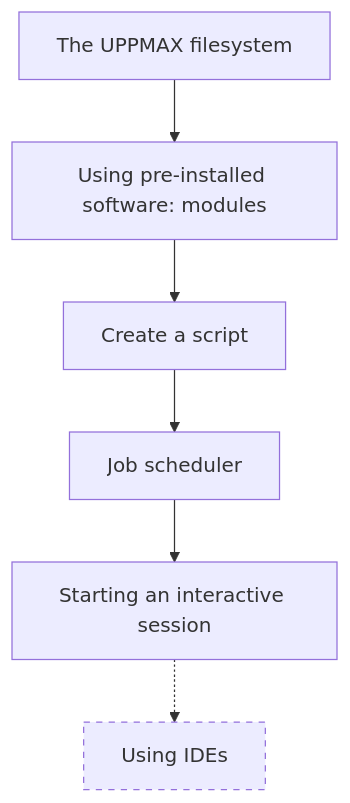
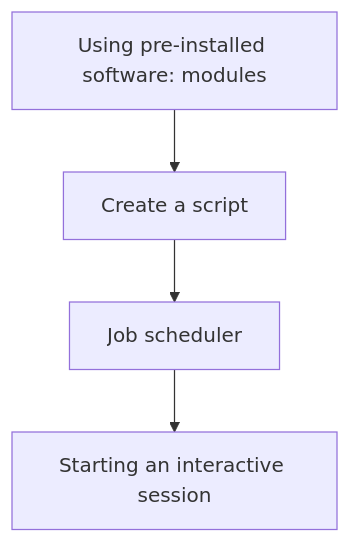
The diagram in docs/sessions/introduction_real_work.md (UPPMAX/uppmax_intro_day_1), drawn with Mermaid before and after one commit. The commit also changed other lines of this file and 4 other files, not shown here.

````diff
--- a/docs/sessions/introduction_real_work.md
+++ b/docs/sessions/introduction_real_work.md
@@ -17,18 +17,14 @@
 ```mermaid
 flowchart TD
 
   classDef maybe_not_node stroke-dasharray: 5 5
 
-  filesystem[The UPPMAX filesystem]
   modules[Using pre-installed software: modules]
   scripts[Create a script]
   interactive[Starting an interactive session]
   job_scheduler[Job scheduler]
-  ides[Using IDEs]:::maybe_not_node
 
-  filesystem --> modules
   modules --> scripts
   scripts --> job_scheduler
   job_scheduler --> interactive
-  interactive -.-> ides
 ```
````
